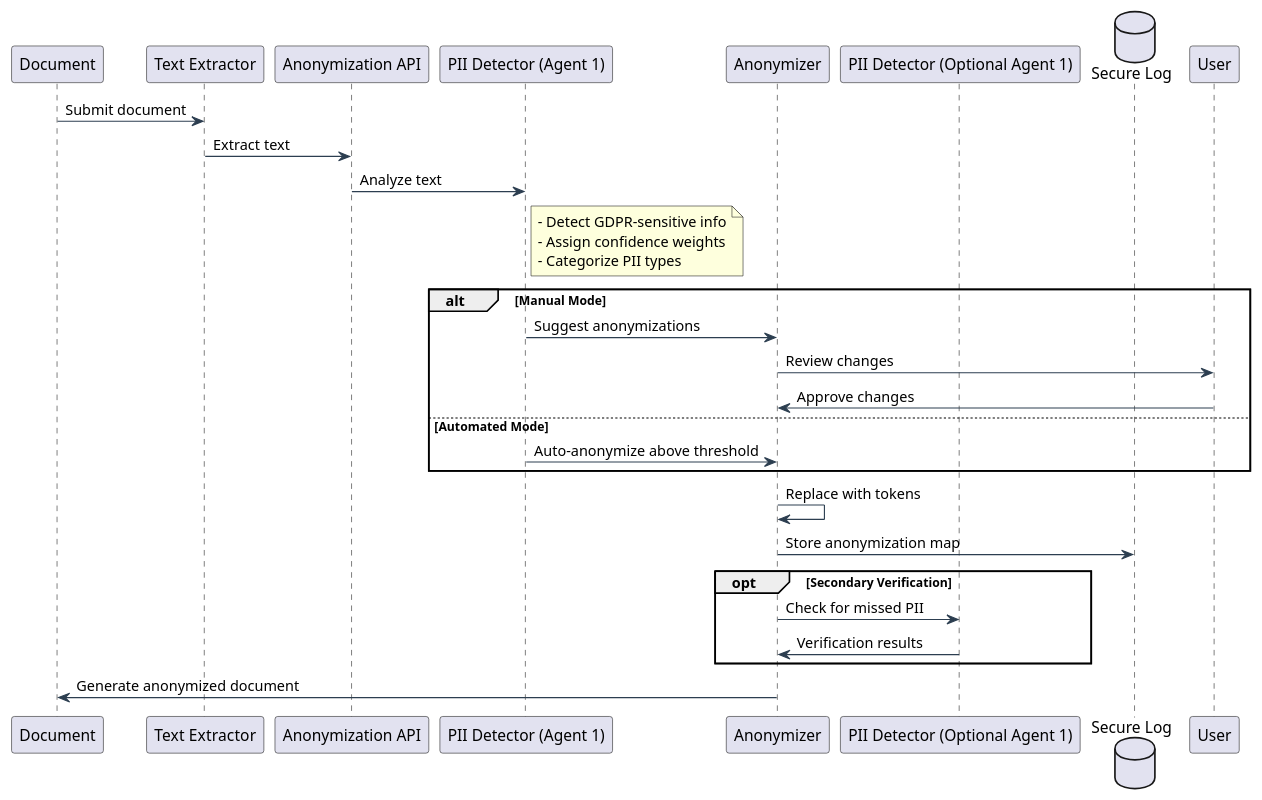
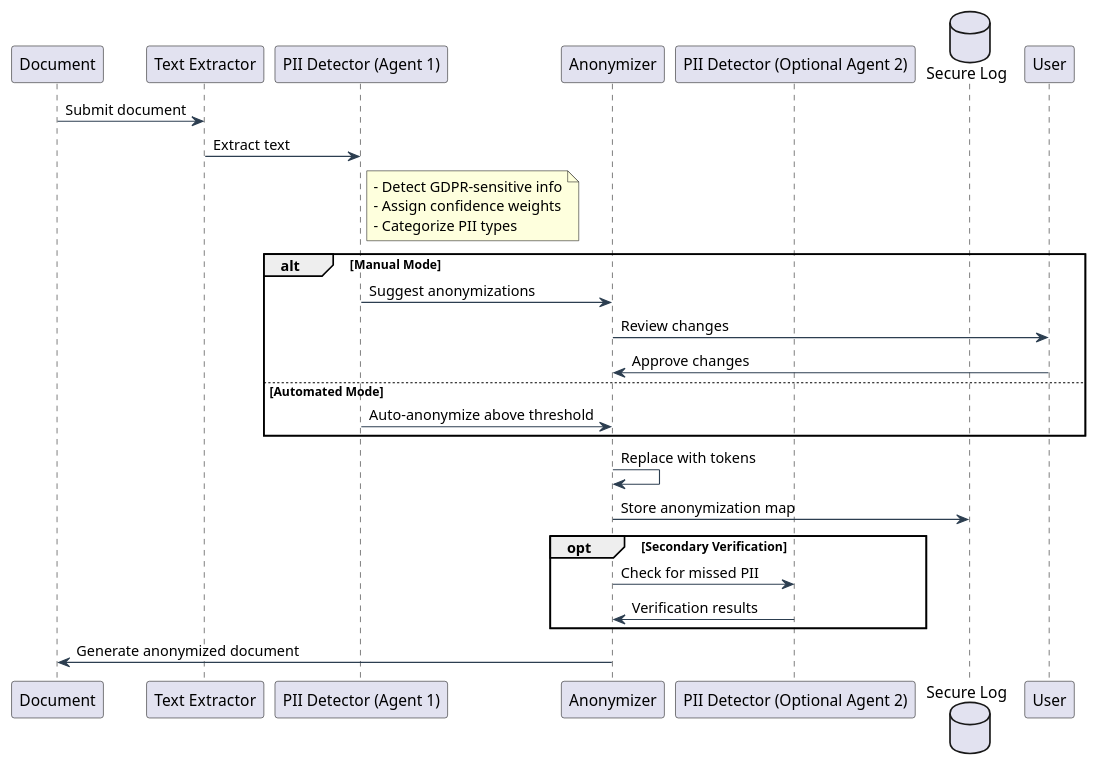
The diagram in website/docs/features/diagrams/gdpr-anonymization-flow.puml (ConductionNL/docudesk), drawn with PlantUML before and after one commit. The commit also changed 1 other file, not shown here.

Commit message:
Small schema fixes

```diff
--- a/website/docs/features/diagrams/gdpr-anonymization-flow.puml
+++ b/website/docs/features/diagrams/gdpr-anonymization-flow.puml
@@ -1,50 +1,48 @@
 @startuml GDPR Anonymization Flow
 
 skinparam backgroundColor transparent
 skinparam defaultFontName Arial
 skinparam ArrowColor #2C3E50
 skinparam BoxPadding 40
 
 ' Define participants
 participant "Document" as doc
 participant "Text Extractor" as conv
-participant "Anonymization API" as api
 participant "PII Detector (Agent 1)" as detector
 participant "Anonymizer" as anon
-participant "PII Detector (Optional Agent 1)" as verify
+participant "PII Detector (Optional Agent 2)" as verify
 database "Secure Log" as log
 
 ' Document Processing
 doc -> conv : Submit document
-conv -> api : Extract text
+conv -> detector : Extract text
 
 ' PII Detection
-api -> detector : Analyze text
 note right of detector
   - Detect GDPR-sensitive info
   - Assign confidence weights
   - Categorize PII types
 end note
 
 ' Anonymization
 alt Manual Mode
     detector -> anon : Suggest anonymizations
     anon -> "User" as user : Review changes
     user -> anon : Approve changes
 else Automated Mode
     detector -> anon : Auto-anonymize above threshold
 end
 
 anon -> anon : Replace with tokens
 anon -> log : Store anonymization map
 
 ' Optional Verification
 opt Secondary Verification
     anon -> verify : Check for missed PII
     verify -> anon : Verification results
 end
 
 ' Final Output
 anon -> doc : Generate anonymized document
 
 @enduml 
```
